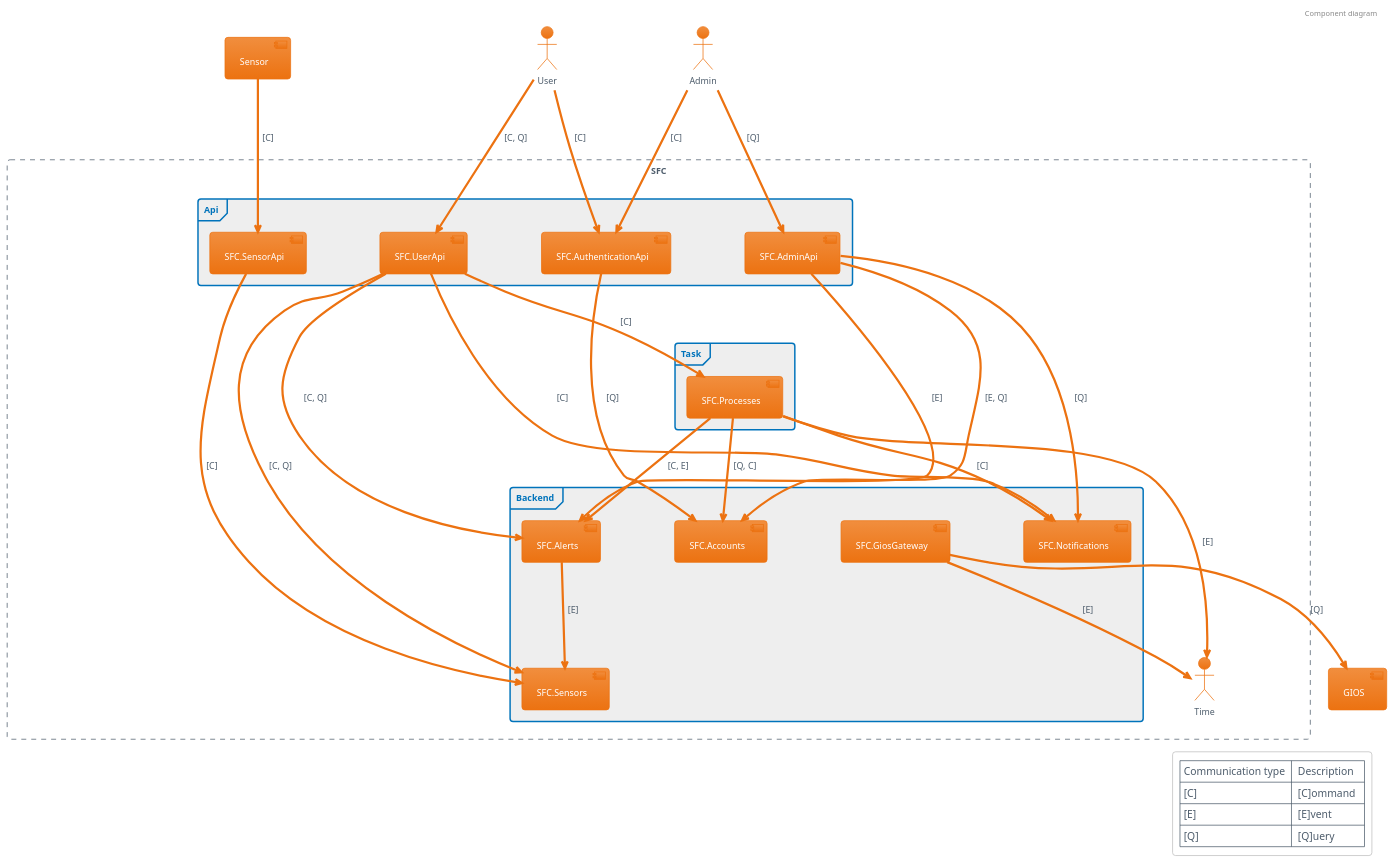
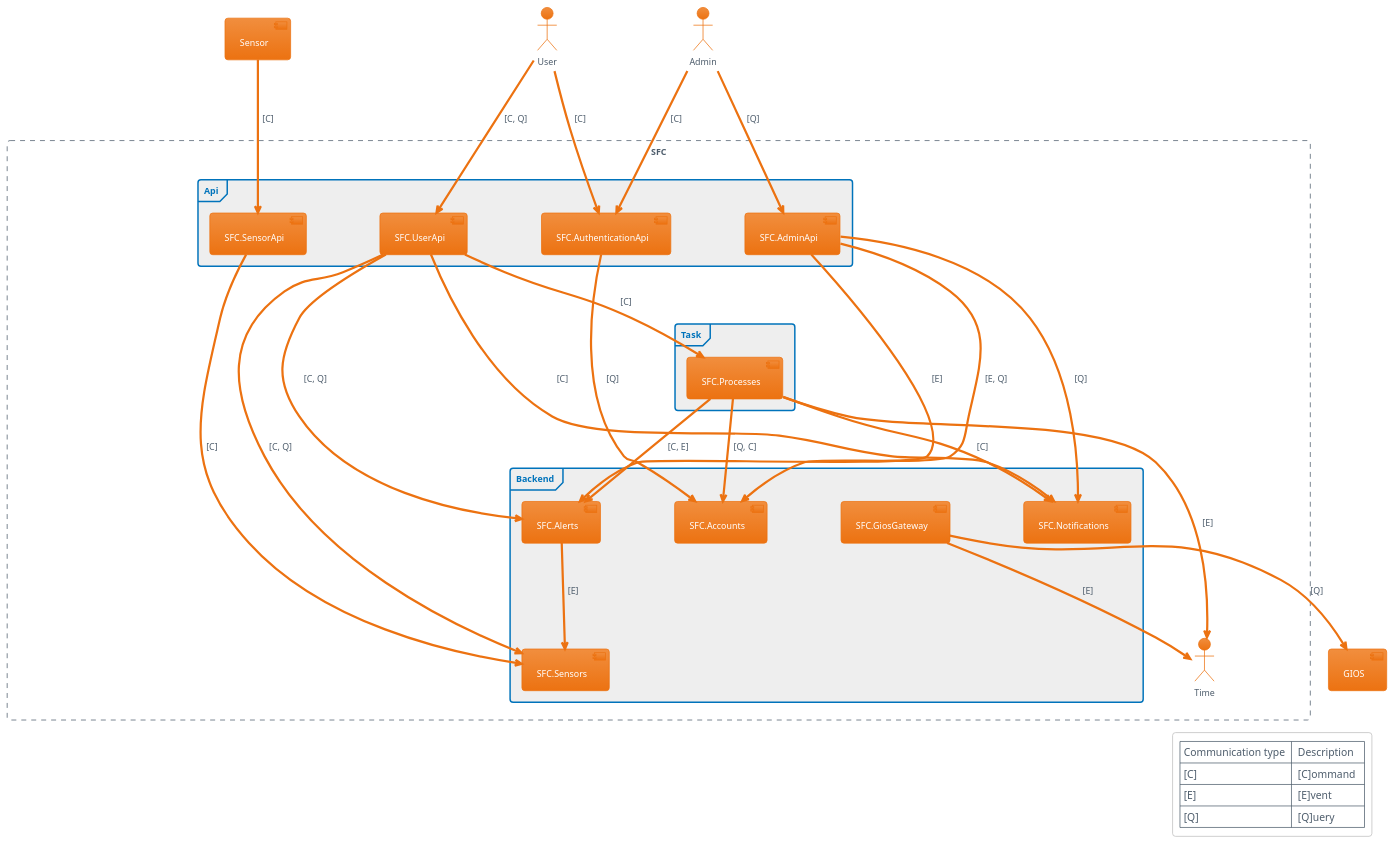
Before and after one commit to mr0zek/SmogFightClub: the diagram in docs/ArchitectureDocumentation/ComponentDiagram.puml, drawn with PlantUML. The commit also changed other lines of this file and 5 other files, not shown here.

```diff
--- a/docs/ArchitectureDocumentation/ComponentDiagram.puml
+++ b/docs/ArchitectureDocumentation/ComponentDiagram.puml
@@ -1,59 +2,59 @@
 @startuml
-header Component diagram
 !theme aws-orange
 
 skinparam ranksep 100
 skinparam nodesep 100
 :Admin:
 :User:
 [GIOS]
 [Sensor]
 rectangle SFC #line.dashed {
 frame Backend {
 [SFC.Accounts]
 [SFC.Alerts]
 [SFC.GiosGateway]
 [SFC.Notifications]
 [SFC.Sensors]
 }
 frame Api {
 [SFC.AdminApi]
 [SFC.AuthenticationApi]
 [SFC.SensorApi]
 [SFC.UserApi]
 }
 frame Task {
 [SFC.Processes]
 }
 :Time:
+}
 [Admin] -d-> [SFC.AdminApi] : [Q]
 [Admin] -d-> [SFC.AuthenticationApi] : [C]
 [SFC.AdminApi] -d-> [SFC.Notifications] : [Q]
 [SFC.AdminApi] -d-> [SFC.Accounts] : [E, Q]
 [SFC.AdminApi] -d-> [SFC.Alerts] : [E]
 [SFC.Alerts] -d-> [SFC.Sensors] : [E]
 [User] -d-> [SFC.AuthenticationApi] : [C]
 [User] -d-> [SFC.UserApi] : [C, Q]
 [SFC.AuthenticationApi] -d-> [SFC.Accounts] : [Q]
 [SFC.GiosGateway] -d-> [Time] : [E]
 [SFC.GiosGateway] -d-> [GIOS] : [Q]
 [SFC.Processes] -d-> [SFC.Accounts] : [Q, C]
 [SFC.Processes] -d-> [SFC.Notifications] : [C]
 [SFC.Processes] -d-> [SFC.Alerts] : [C, E]
 [SFC.Processes] -d-> [Time] : [E]
 [Sensor] -d-> [SFC.SensorApi] : [C]
 [SFC.SensorApi] -d-> [SFC.Sensors] : [C]
 [SFC.UserApi] -d-> [SFC.Notifications] : [C]
 [SFC.UserApi] -d-> [SFC.Sensors] : [C, Q]
 [SFC.UserApi] -d-> [SFC.Alerts] : [C, Q]
 [SFC.UserApi] -d-> [SFC.Processes] : [C]
 
 
 legend right
     |Communication type | Description|
     |[C]                | [C]ommand  |
     |[E]                | [E]vent    |
     |[Q]                | [Q]uery    |
 endlegend
 
 @enduml
```
